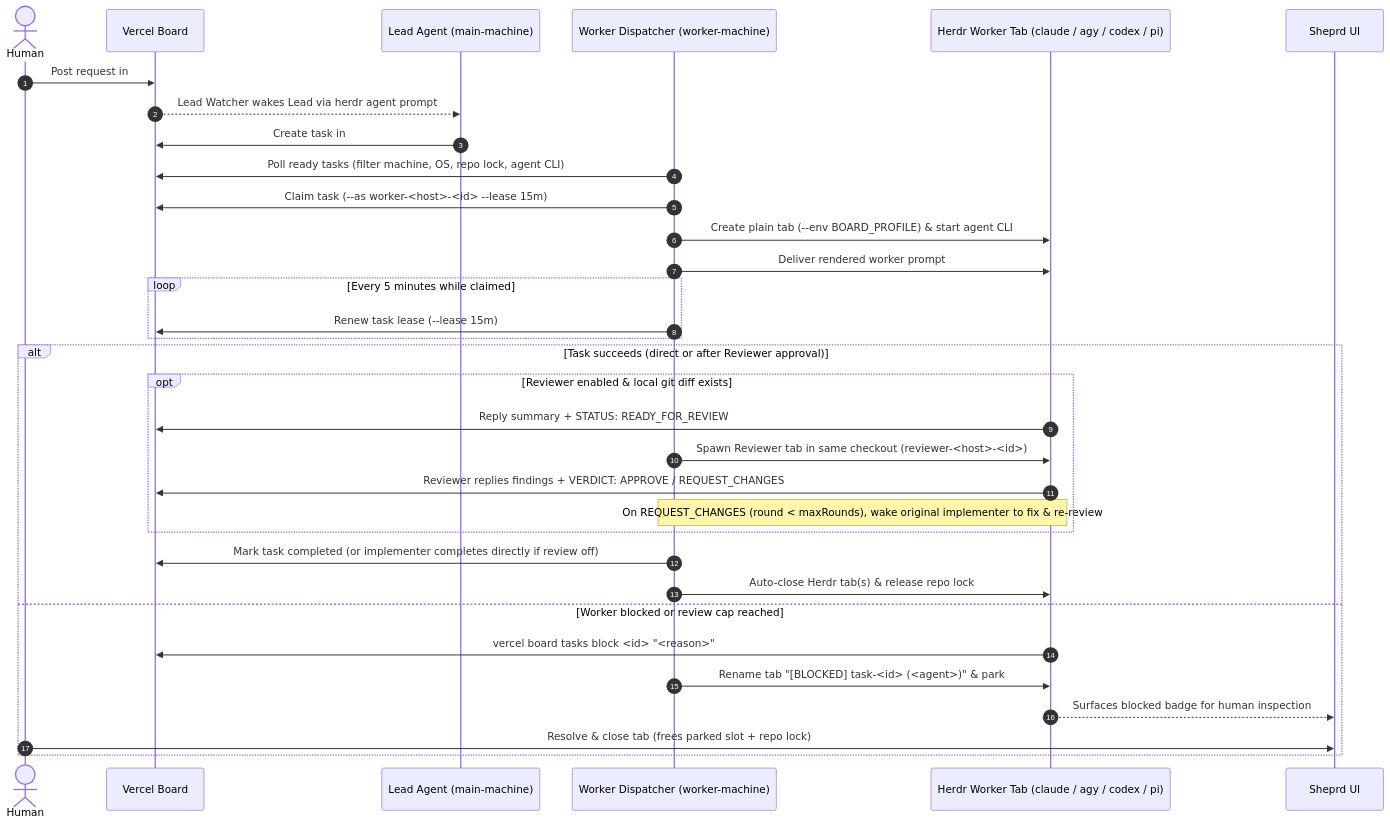
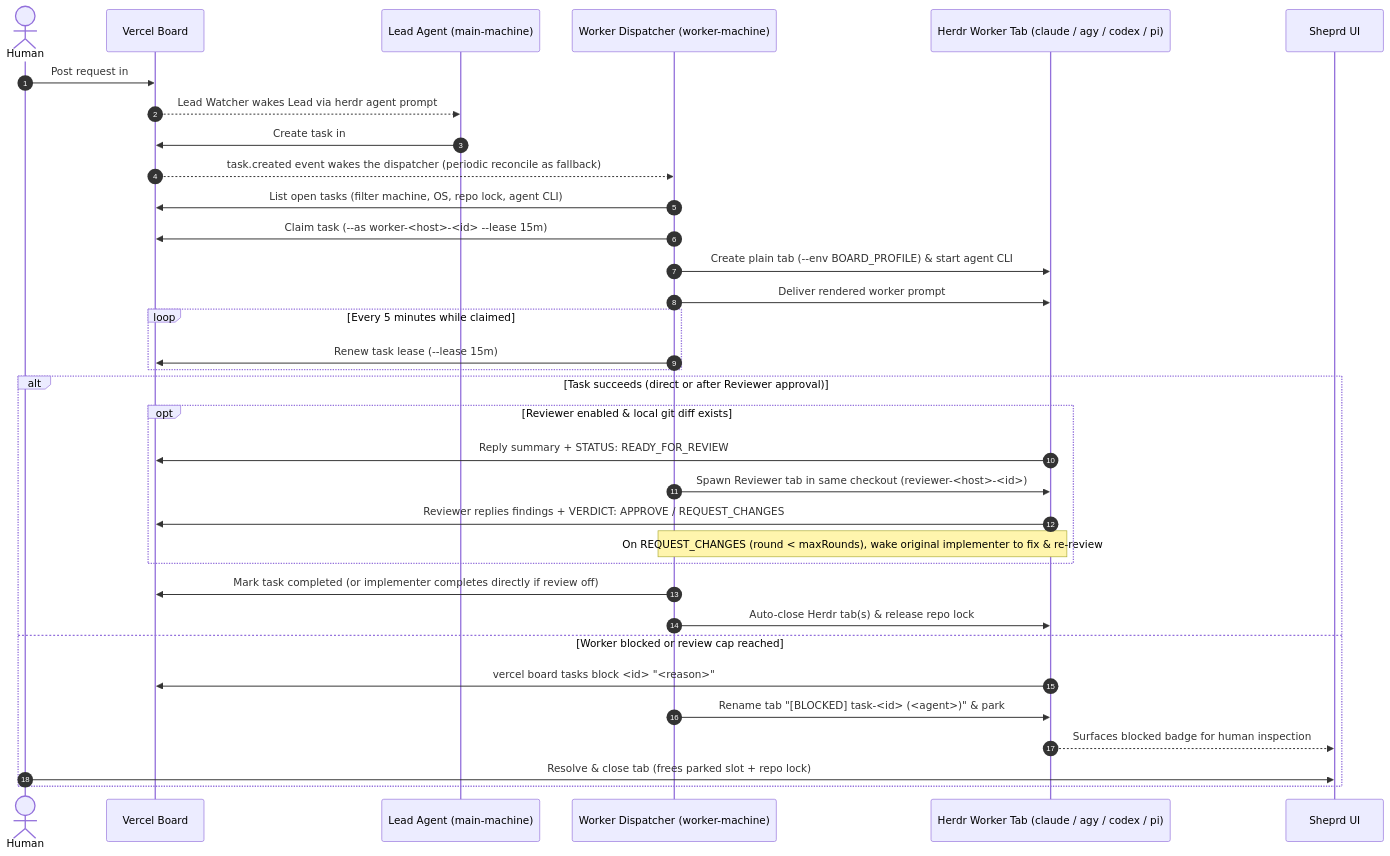
Before and after one commit to kodi/bordr-swarm: the second of 3 diagrams in docs/architecture.md, drawn with Mermaid. The commit also changed other lines of this file and 34 other files, not shown here.

First line of the commit message:
Event bus and reactors: push instead of poll (Plan B) (#2)

````diff
--- a/docs/architecture.md
+++ b/docs/architecture.md
@@ -39,38 +39,39 @@
 ```mermaid
 sequenceDiagram
   autonumber
   actor Human
   participant Board as Vercel Board
   participant Lead as Lead Agent (main-machine)
   participant Disp as Worker Dispatcher (worker-machine)
   participant Herdr as Herdr Worker Tab (claude / agy / codex / pi)
   participant Sheprd as Sheprd UI
 
   Human->>Board: Post request in #inbox
   Board-->>Lead: Lead Watcher wakes Lead via herdr agent prompt
   Lead->>Board: Create task in #projects/<slug> (labels: machine=, agent=)
-  Disp->>Board: Poll ready tasks (filter machine, OS, repo lock, agent CLI)
+  Board-->>Disp: task.created event wakes the dispatcher (periodic reconcile as fallback)
+  Disp->>Board: List open tasks (filter machine, OS, repo lock, agent CLI)
   Disp->>Board: Claim task (--as worker-<host>-<id> --lease 15m)
   Disp->>Herdr: Create plain tab (--env BOARD_PROFILE) & start agent CLI
   Disp->>Herdr: Deliver rendered worker prompt
 
   loop Every 5 minutes while claimed
     Disp->>Board: Renew task lease (--lease 15m)
   end
 
   alt Task succeeds (direct or after Reviewer approval)
     opt Reviewer enabled & local git diff exists
       Herdr->>Board: Reply summary + STATUS: READY_FOR_REVIEW
       Disp->>Herdr: Spawn Reviewer tab in same checkout (reviewer-<host>-<id>)
       Herdr->>Board: Reviewer replies findings + VERDICT: APPROVE / REQUEST_CHANGES
       Note over Disp,Herdr: On REQUEST_CHANGES (round < maxRounds), wake original implementer to fix & re-review
     end
     Disp->>Board: Mark task completed (or implementer completes directly if review off)
     Disp->>Herdr: Auto-close Herdr tab(s) & release repo lock
   else Worker blocked or review cap reached
     Herdr->>Board: vercel board tasks block <id> "<reason>"
     Disp->>Herdr: Rename tab "[BLOCKED] task-<id> (<agent>)" & park
     Herdr-->>Sheprd: Surfaces blocked badge for human inspection
     Human->>Sheprd: Resolve & close tab (frees parked slot + repo lock)
   end
 ```
````
